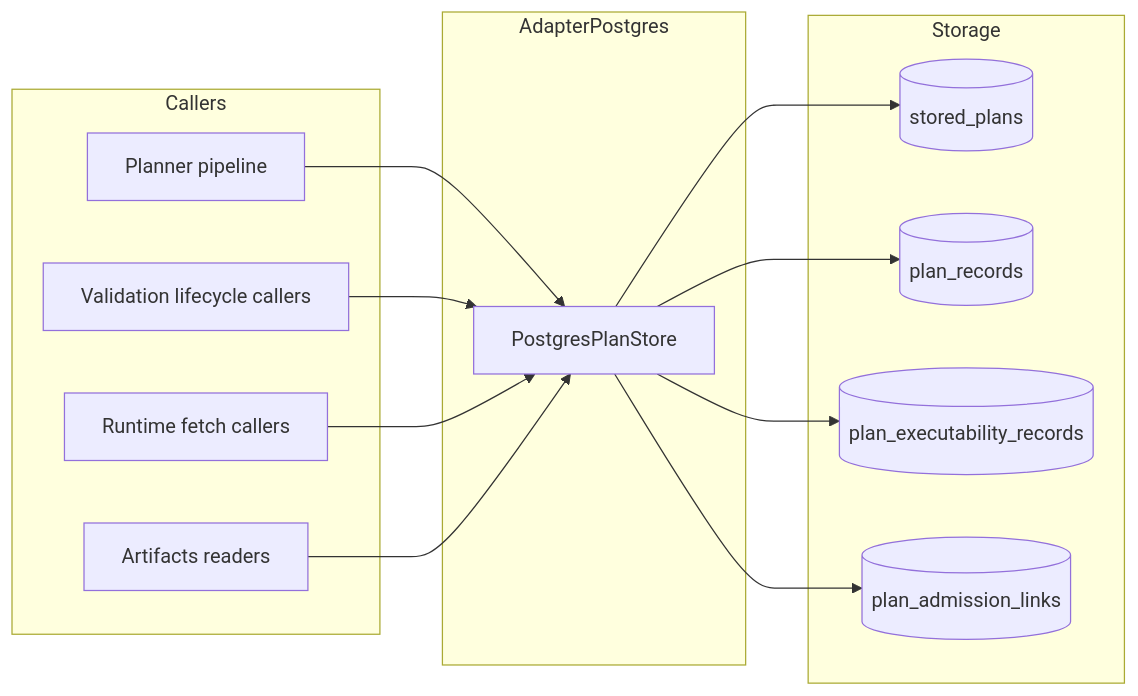
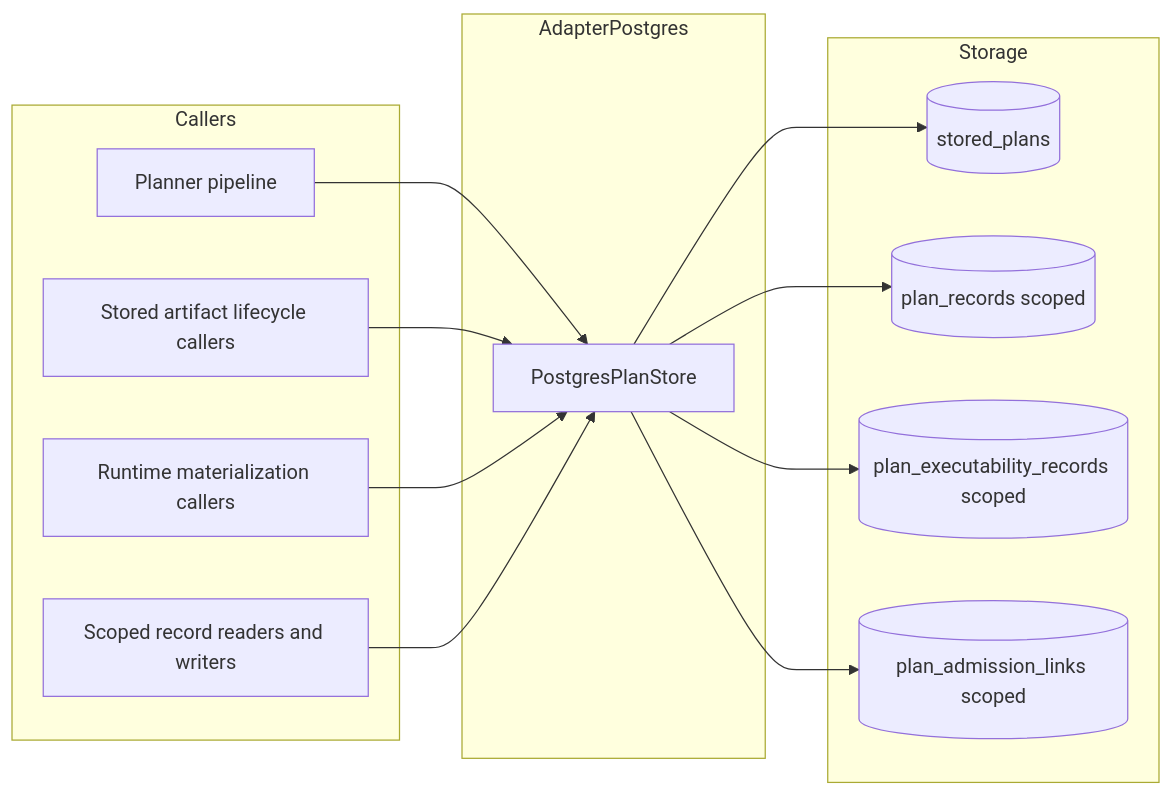
One commit to dunay2/dvt changed the first of 2 diagrams in docs/guides/postgres-plan-store-technical-manual-20260403.md. Above: the diagram before and after it, drawn with Mermaid. The commit also changed other lines of this file and 32 other files, not shown here.

Commit message:
docs(docs): Document scoped plan-store ownership

````diff
--- a/docs/guides/postgres-plan-store-technical-manual-20260403.md
+++ b/docs/guides/postgres-plan-store-technical-manual-20260403.md
@@ -39,29 +41,29 @@
 ```mermaid
 flowchart LR
   subgraph Callers
     C1[Planner pipeline]
-    C2[Validation lifecycle callers]
-    C3[Runtime fetch callers]
-    C4[Artifacts readers]
+    C2[Stored artifact lifecycle callers]
+    C3[Runtime materialization callers]
+    C4[Scoped record readers and writers]
   end
 
   subgraph AdapterPostgres
     S[PostgresPlanStore]
   end
 
   subgraph Storage
     T1[(stored_plans)]
-    T2[(plan_records)]
-    T3[(plan_executability_records)]
-    T4[(plan_admission_links)]
+    T2[(plan_records scoped)]
+    T3[(plan_executability_records scoped)]
+    T4[(plan_admission_links scoped)]
   end
 
   C1 --> S
   C2 --> S
   C3 --> S
   C4 --> S
   S --> T1
   S --> T2
   S --> T3
   S --> T4
 ```
````
